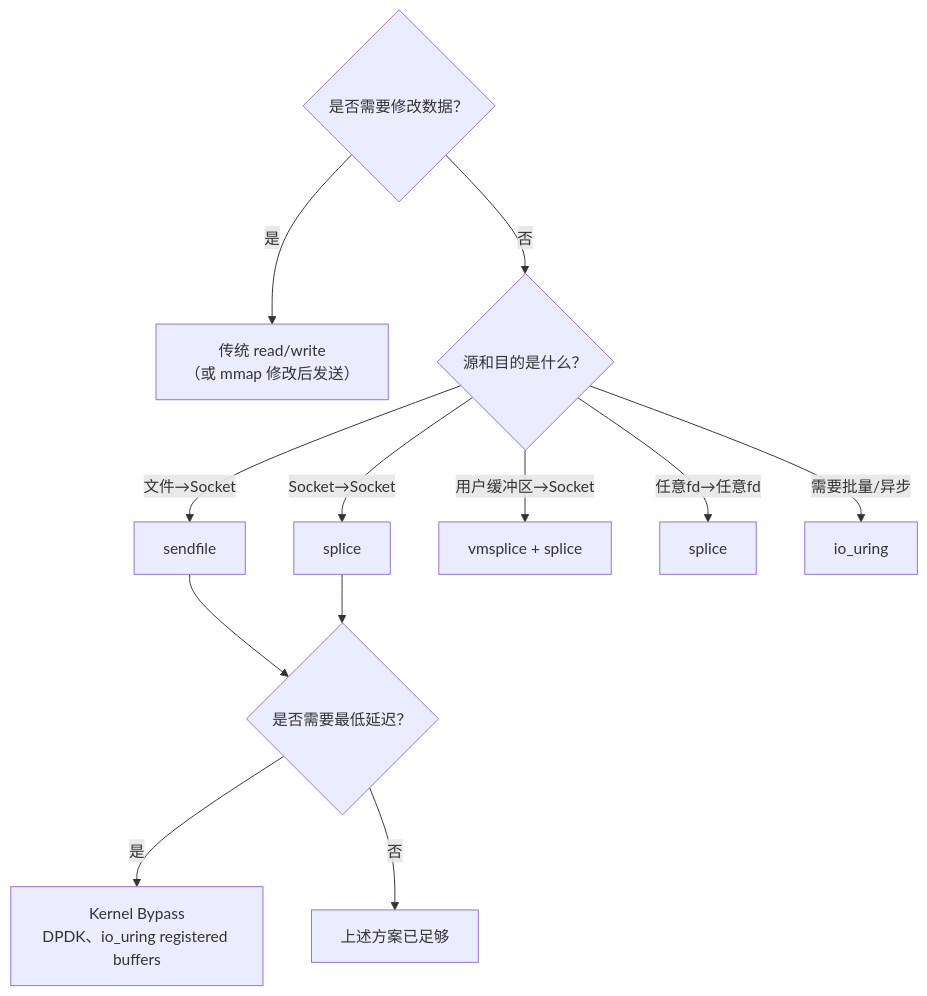
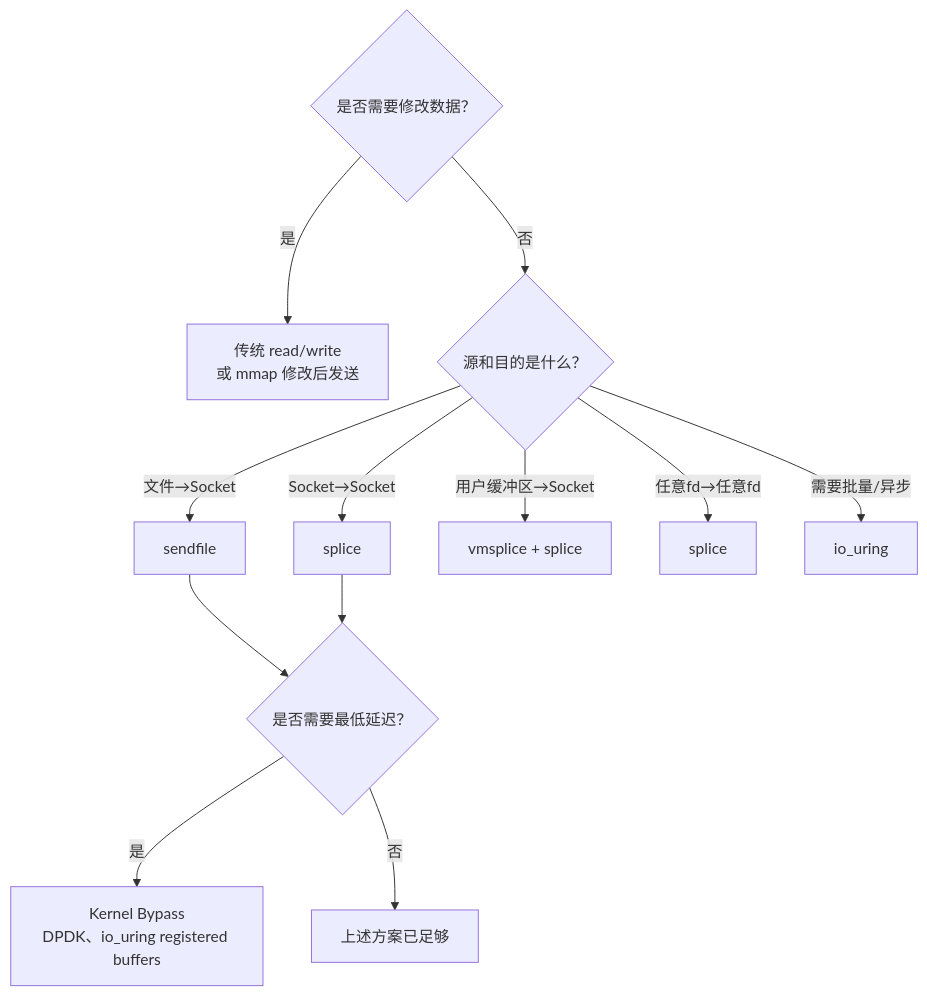
The third of 3 diagrams in content/articles/linux/linux-11-内存映射与高效IO.md (jpixy/jpixy.github.io), drawn with Mermaid before and after one commit. The commit also changed 66 other files, not shown here.

Commit message:
fix: resolve Mermaid syntax errors by removing parentheses in node labels

````diff
--- a/content/articles/linux/linux-11-内存映射与高效IO.md
+++ b/content/articles/linux/linux-11-内存映射与高效IO.md
@@ -740,18 +740,18 @@
 ```mermaid
 graph TB
     Q1{是否需要修改数据？}
-    Q1 -->|是| A1["传统 read/write<br>（或 mmap 修改后发送）"]
+    Q1 -->|是| A1["传统 read/write<br>或 mmap 修改后发送"]
     Q1 -->|否| Q2{源和目的是什么？}
     
     Q2 -->|文件→Socket| A2[sendfile]
     Q2 -->|Socket→Socket| A3[splice]
     Q2 -->|用户缓冲区→Socket| A4[vmsplice + splice]
     Q2 -->|任意fd→任意fd| A5[splice]
     Q2 -->|需要批量/异步| A6[io_uring]
     
     Q3{是否需要最低延迟？}
     A2 --> Q3
     A3 --> Q3
     Q3 -->|是| A7["Kernel Bypass<br>DPDK、io_uring registered buffers"]
     Q3 -->|否| A8[上述方案已足够]
 ```
````
